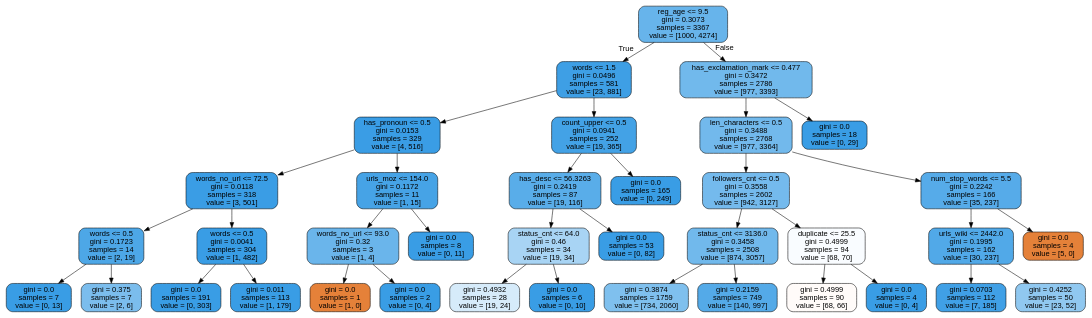
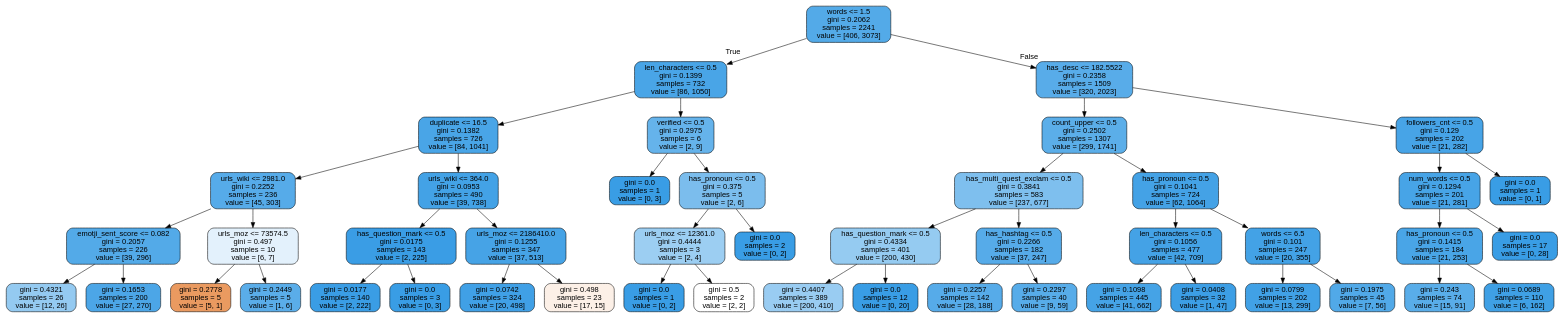
One commit to burningskies42/Twitter_Analytics changed the diagram in Python/twitter_filter/trees/dtree8.dot. Above: the diagram before and after it, drawn with Graphviz. The commit also changed 56 other files, not shown here.

```diff
--- a/Python/twitter_filter/trees/dtree8.dot
+++ b/Python/twitter_filter/trees/dtree8.dot
@@ -1,77 +1,97 @@
 digraph Tree {
 node [shape=box, style="filled, rounded", color="black", fontname=helvetica] ;
 edge [fontname=helvetica] ;
-0 [label="reg_age <= 9.5\ngini = 0.3073\nsamples = 3367\nvalue = [1000, 4274]", fillcolor="#399de5c3"] ;
-1 [label="words <= 1.5\ngini = 0.0496\nsamples = 581\nvalue = [23, 881]", fillcolor="#399de5f8"] ;
+0 [label="words <= 1.5\ngini = 0.2062\nsamples = 2241\nvalue = [406, 3073]", fillcolor="#399de5dd"] ;
+1 [label="len_characters <= 0.5\ngini = 0.1399\nsamples = 732\nvalue = [86, 1050]", fillcolor="#399de5ea"] ;
 0 -> 1 [labeldistance=2.5, labelangle=45, headlabel="True"] ;
-2 [label="has_pronoun <= 0.5\ngini = 0.0153\nsamples = 329\nvalue = [4, 516]", fillcolor="#399de5fd"] ;
+2 [label="duplicate <= 16.5\ngini = 0.1382\nsamples = 726\nvalue = [84, 1041]", fillcolor="#399de5ea"] ;
 1 -> 2 ;
-3 [label="words_no_url <= 72.5\ngini = 0.0118\nsamples = 318\nvalue = [3, 501]", fillcolor="#399de5fd"] ;
+3 [label="urls_wiki <= 2981.0\ngini = 0.2252\nsamples = 236\nvalue = [45, 303]", fillcolor="#399de5d9"] ;
 2 -> 3 ;
-4 [label="words <= 0.5\ngini = 0.1723\nsamples = 14\nvalue = [2, 19]", fillcolor="#399de5e4"] ;
+4 [label="emotji_sent_score <= 0.082\ngini = 0.2057\nsamples = 226\nvalue = [39, 296]", fillcolor="#399de5dd"] ;
 3 -> 4 ;
-5 [label="gini = 0.0\nsamples = 7\nvalue = [0, 13]", fillcolor="#399de5ff"] ;
+5 [label="gini = 0.4321\nsamples = 26\nvalue = [12, 26]", fillcolor="#399de589"] ;
 4 -> 5 ;
-6 [label="gini = 0.375\nsamples = 7\nvalue = [2, 6]", fillcolor="#399de5aa"] ;
+6 [label="gini = 0.1653\nsamples = 200\nvalue = [27, 270]", fillcolor="#399de5e6"] ;
 4 -> 6 ;
-7 [label="words <= 0.5\ngini = 0.0041\nsamples = 304\nvalue = [1, 482]", fillcolor="#399de5fe"] ;
+7 [label="urls_moz <= 73574.5\ngini = 0.497\nsamples = 10\nvalue = [6, 7]", fillcolor="#399de524"] ;
 3 -> 7 ;
-8 [label="gini = 0.0\nsamples = 191\nvalue = [0, 303]", fillcolor="#399de5ff"] ;
+8 [label="gini = 0.2778\nsamples = 5\nvalue = [5, 1]", fillcolor="#e58139cc"] ;
 7 -> 8 ;
-9 [label="gini = 0.011\nsamples = 113\nvalue = [1, 179]", fillcolor="#399de5fe"] ;
+9 [label="gini = 0.2449\nsamples = 5\nvalue = [1, 6]", fillcolor="#399de5d4"] ;
 7 -> 9 ;
-10 [label="urls_moz <= 154.0\ngini = 0.1172\nsamples = 11\nvalue = [1, 15]", fillcolor="#399de5ee"] ;
+10 [label="urls_wiki <= 364.0\ngini = 0.0953\nsamples = 490\nvalue = [39, 738]", fillcolor="#399de5f2"] ;
 2 -> 10 ;
-11 [label="words_no_url <= 93.0\ngini = 0.32\nsamples = 3\nvalue = [1, 4]", fillcolor="#399de5bf"] ;
+11 [label="has_question_mark <= 0.5\ngini = 0.0175\nsamples = 143\nvalue = [2, 225]", fillcolor="#399de5fd"] ;
 10 -> 11 ;
-12 [label="gini = 0.0\nsamples = 1\nvalue = [1, 0]", fillcolor="#e58139ff"] ;
+12 [label="gini = 0.0177\nsamples = 140\nvalue = [2, 222]", fillcolor="#399de5fd"] ;
 11 -> 12 ;
-13 [label="gini = 0.0\nsamples = 2\nvalue = [0, 4]", fillcolor="#399de5ff"] ;
+13 [label="gini = 0.0\nsamples = 3\nvalue = [0, 3]", fillcolor="#399de5ff"] ;
 11 -> 13 ;
-14 [label="gini = 0.0\nsamples = 8\nvalue = [0, 11]", fillcolor="#399de5ff"] ;
+14 [label="urls_moz <= 2186410.0\ngini = 0.1255\nsamples = 347\nvalue = [37, 513]", fillcolor="#399de5ed"] ;
 10 -> 14 ;
-15 [label="count_upper <= 0.5\ngini = 0.0941\nsamples = 252\nvalue = [19, 365]", fillcolor="#399de5f2"] ;
-1 -> 15 ;
-16 [label="has_desc <= 56.3263\ngini = 0.2419\nsamples = 87\nvalue = [19, 116]", fillcolor="#399de5d5"] ;
-15 -> 16 ;
-17 [label="status_cnt <= 64.0\ngini = 0.46\nsamples = 34\nvalue = [19, 34]", fillcolor="#399de570"] ;
-16 -> 17 ;
-18 [label="gini = 0.4932\nsamples = 28\nvalue = [19, 24]", fillcolor="#399de535"] ;
+15 [label="gini = 0.0742\nsamples = 324\nvalue = [20, 498]", fillcolor="#399de5f5"] ;
+14 -> 15 ;
+16 [label="gini = 0.498\nsamples = 23\nvalue = [17, 15]", fillcolor="#e581391e"] ;
+14 -> 16 ;
+17 [label="verified <= 0.5\ngini = 0.2975\nsamples = 6\nvalue = [2, 9]", fillcolor="#399de5c6"] ;
+1 -> 17 ;
+18 [label="gini = 0.0\nsamples = 1\nvalue = [0, 3]", fillcolor="#399de5ff"] ;
 17 -> 18 ;
-19 [label="gini = 0.0\nsamples = 6\nvalue = [0, 10]", fillcolor="#399de5ff"] ;
+19 [label="has_pronoun <= 0.5\ngini = 0.375\nsamples = 5\nvalue = [2, 6]", fillcolor="#399de5aa"] ;
 17 -> 19 ;
-20 [label="gini = 0.0\nsamples = 53\nvalue = [0, 82]", fillcolor="#399de5ff"] ;
-16 -> 20 ;
-21 [label="gini = 0.0\nsamples = 165\nvalue = [0, 249]", fillcolor="#399de5ff"] ;
-15 -> 21 ;
-22 [label="has_exclamation_mark <= 0.477\ngini = 0.3472\nsamples = 2786\nvalue = [977, 3393]", fillcolor="#399de5b6"] ;
-0 -> 22 [labeldistance=2.5, labelangle=-45, headlabel="False"] ;
-23 [label="len_characters <= 0.5\ngini = 0.3488\nsamples = 2768\nvalue = [977, 3364]", fillcolor="#399de5b5"] ;
-22 -> 23 ;
-24 [label="followers_cnt <= 0.5\ngini = 0.3558\nsamples = 2602\nvalue = [942, 3127]", fillcolor="#399de5b2"] ;
-23 -> 24 ;
-25 [label="status_cnt <= 3136.0\ngini = 0.3458\nsamples = 2508\nvalue = [874, 3057]", fillcolor="#399de5b6"] ;
+20 [label="urls_moz <= 12361.0\ngini = 0.4444\nsamples = 3\nvalue = [2, 4]", fillcolor="#399de57f"] ;
+19 -> 20 ;
+21 [label="gini = 0.0\nsamples = 1\nvalue = [0, 2]", fillcolor="#399de5ff"] ;
+20 -> 21 ;
+22 [label="gini = 0.5\nsamples = 2\nvalue = [2, 2]", fillcolor="#e5813900"] ;
+20 -> 22 ;
+23 [label="gini = 0.0\nsamples = 2\nvalue = [0, 2]", fillcolor="#399de5ff"] ;
+19 -> 23 ;
+24 [label="has_desc <= 182.5522\ngini = 0.2358\nsamples = 1509\nvalue = [320, 2023]", fillcolor="#399de5d7"] ;
+0 -> 24 [labeldistance=2.5, labelangle=-45, headlabel="False"] ;
+25 [label="count_upper <= 0.5\ngini = 0.2502\nsamples = 1307\nvalue = [299, 1741]", fillcolor="#399de5d3"] ;
 24 -> 25 ;
-26 [label="gini = 0.3874\nsamples = 1759\nvalue = [734, 2060]", fillcolor="#399de5a4"] ;
+26 [label="has_multi_quest_exclam <= 0.5\ngini = 0.3841\nsamples = 583\nvalue = [237, 677]", fillcolor="#399de5a6"] ;
 25 -> 26 ;
-27 [label="gini = 0.2159\nsamples = 749\nvalue = [140, 997]", fillcolor="#399de5db"] ;
-25 -> 27 ;
-28 [label="duplicate <= 25.5\ngini = 0.4999\nsamples = 94\nvalue = [68, 70]", fillcolor="#399de507"] ;
-24 -> 28 ;
-29 [label="gini = 0.4999\nsamples = 90\nvalue = [68, 66]", fillcolor="#e5813908"] ;
-28 -> 29 ;
-30 [label="gini = 0.0\nsamples = 4\nvalue = [0, 4]", fillcolor="#399de5ff"] ;
-28 -> 30 ;
-31 [label="num_stop_words <= 5.5\ngini = 0.2242\nsamples = 166\nvalue = [35, 237]", fillcolor="#399de5d9"] ;
-23 -> 31 ;
-32 [label="urls_wiki <= 2442.0\ngini = 0.1995\nsamples = 162\nvalue = [30, 237]", fillcolor="#399de5df"] ;
-31 -> 32 ;
-33 [label="gini = 0.0703\nsamples = 112\nvalue = [7, 185]", fillcolor="#399de5f5"] ;
-32 -> 33 ;
-34 [label="gini = 0.4252\nsamples = 50\nvalue = [23, 52]", fillcolor="#399de58e"] ;
-32 -> 34 ;
-35 [label="gini = 0.0\nsamples = 4\nvalue = [5, 0]", fillcolor="#e58139ff"] ;
-31 -> 35 ;
-36 [label="gini = 0.0\nsamples = 18\nvalue = [0, 29]", fillcolor="#399de5ff"] ;
-22 -> 36 ;
+27 [label="has_question_mark <= 0.5\ngini = 0.4334\nsamples = 401\nvalue = [200, 430]", fillcolor="#399de588"] ;
+26 -> 27 ;
+28 [label="gini = 0.4407\nsamples = 389\nvalue = [200, 410]", fillcolor="#399de583"] ;
+27 -> 28 ;
+29 [label="gini = 0.0\nsamples = 12\nvalue = [0, 20]", fillcolor="#399de5ff"] ;
+27 -> 29 ;
+30 [label="has_hashtag <= 0.5\ngini = 0.2266\nsamples = 182\nvalue = [37, 247]", fillcolor="#399de5d9"] ;
+26 -> 30 ;
+31 [label="gini = 0.2257\nsamples = 142\nvalue = [28, 188]", fillcolor="#399de5d9"] ;
+30 -> 31 ;
+32 [label="gini = 0.2297\nsamples = 40\nvalue = [9, 59]", fillcolor="#399de5d8"] ;
+30 -> 32 ;
+33 [label="has_pronoun <= 0.5\ngini = 0.1041\nsamples = 724\nvalue = [62, 1064]", fillcolor="#399de5f0"] ;
+25 -> 33 ;
+34 [label="len_characters <= 0.5\ngini = 0.1056\nsamples = 477\nvalue = [42, 709]", fillcolor="#399de5f0"] ;
+33 -> 34 ;
+35 [label="gini = 0.1098\nsamples = 445\nvalue = [41, 662]", fillcolor="#399de5ef"] ;
+34 -> 35 ;
+36 [label="gini = 0.0408\nsamples = 32\nvalue = [1, 47]", fillcolor="#399de5fa"] ;
+34 -> 36 ;
+37 [label="words <= 6.5\ngini = 0.101\nsamples = 247\nvalue = [20, 355]", fillcolor="#399de5f1"] ;
+33 -> 37 ;
+38 [label="gini = 0.0799\nsamples = 202\nvalue = [13, 299]", fillcolor="#399de5f4"] ;
+37 -> 38 ;
+39 [label="gini = 0.1975\nsamples = 45\nvalue = [7, 56]", fillcolor="#399de5df"] ;
+37 -> 39 ;
+40 [label="followers_cnt <= 0.5\ngini = 0.129\nsamples = 202\nvalue = [21, 282]", fillcolor="#399de5ec"] ;
+24 -> 40 ;
+41 [label="num_words <= 0.5\ngini = 0.1294\nsamples = 201\nvalue = [21, 281]", fillcolor="#399de5ec"] ;
+40 -> 41 ;
+42 [label="has_pronoun <= 0.5\ngini = 0.1415\nsamples = 184\nvalue = [21, 253]", fillcolor="#399de5ea"] ;
+41 -> 42 ;
+43 [label="gini = 0.243\nsamples = 74\nvalue = [15, 91]", fillcolor="#399de5d5"] ;
+42 -> 43 ;
+44 [label="gini = 0.0689\nsamples = 110\nvalue = [6, 162]", fillcolor="#399de5f6"] ;
+42 -> 44 ;
+45 [label="gini = 0.0\nsamples = 17\nvalue = [0, 28]", fillcolor="#399de5ff"] ;
+41 -> 45 ;
+46 [label="gini = 0.0\nsamples = 1\nvalue = [0, 1]", fillcolor="#399de5ff"] ;
+40 -> 46 ;
 }
```
